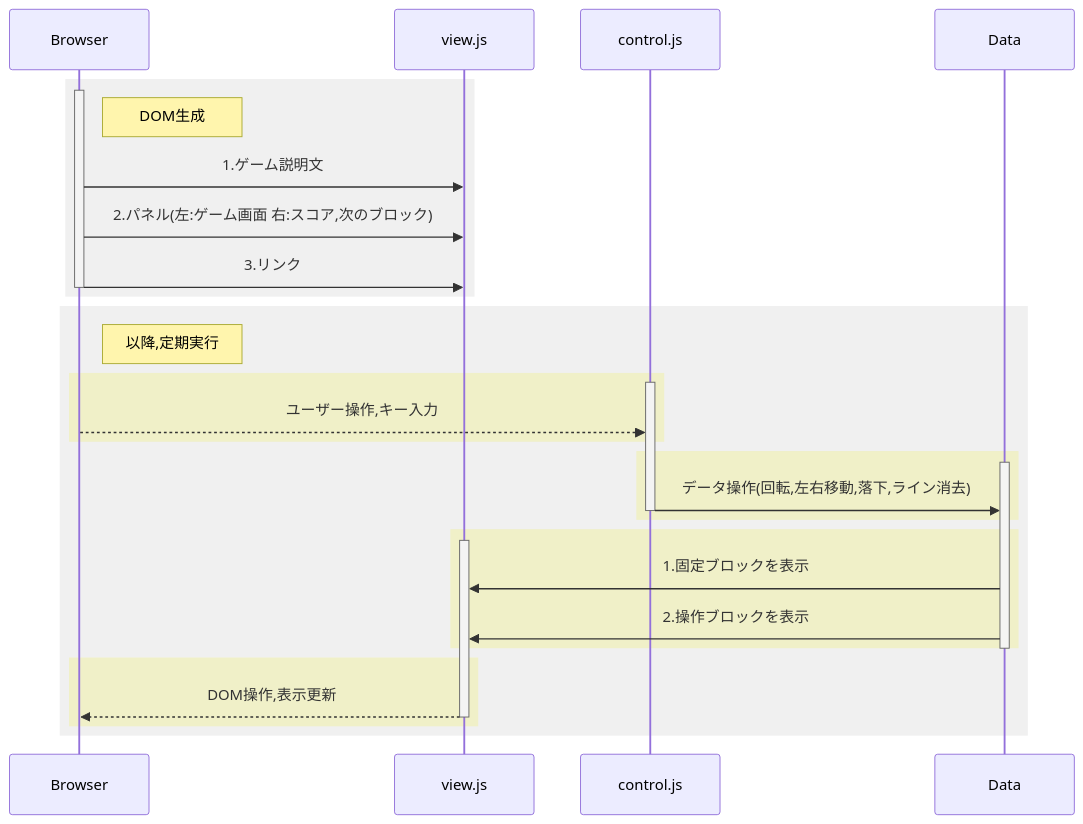
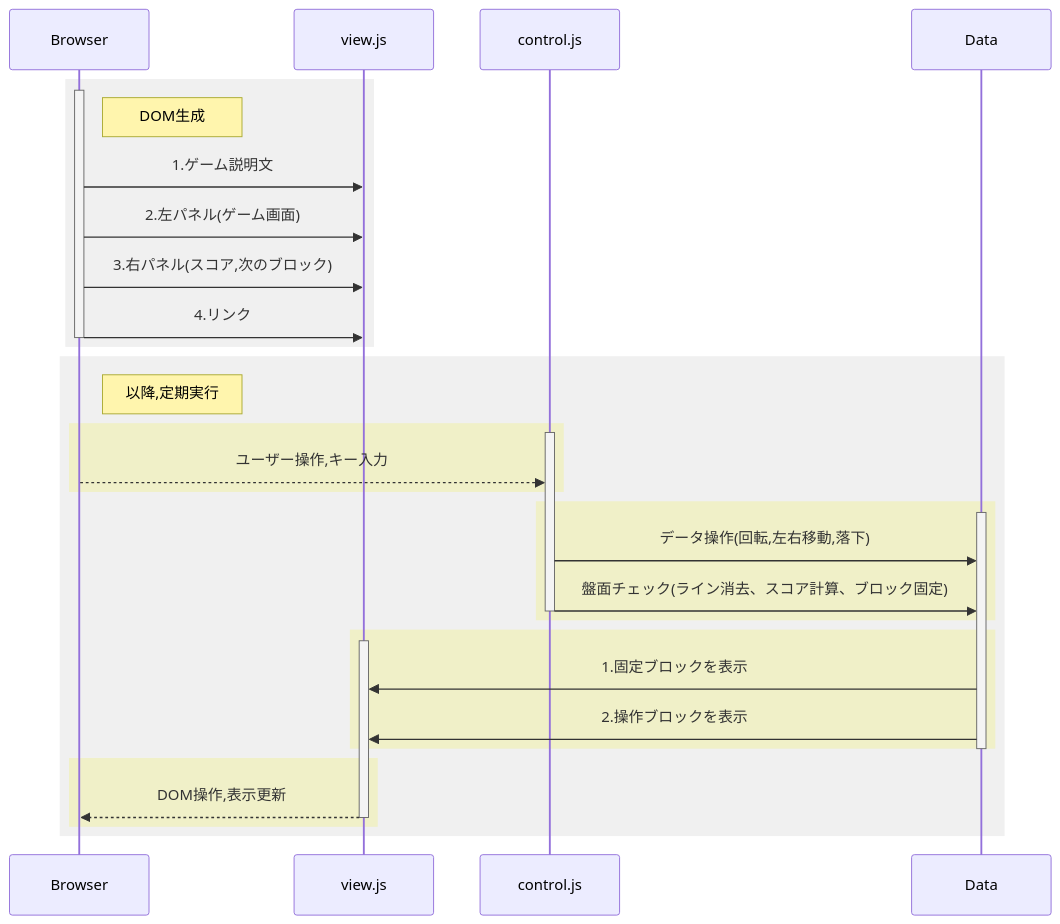
The diagram in README.md (taga4ra/-js_tetris.io), drawn with Mermaid before and after one commit. The commit also changed other lines of this file, not shown here.

````diff
--- a/README.md
+++ b/README.md
@@ -31,39 +35,41 @@
 ```mermaid
 sequenceDiagram
 
 rect rgb(240, 240, 240)
 activate Browser
 Note Right of Browser: DOM生成
 Browser->>view.js: 1.ゲーム説明文
-Browser->>view.js: 2.パネル(左:ゲーム画面 右:スコア,次のブロック)
-Browser->>view.js: 3.リンク
+Browser->>view.js: 2.左パネル(ゲーム画面)
+Browser->>view.js: 3.右パネル(スコア,次のブロック)
+Browser->>view.js: 4.リンク
 deactivate Browser
 end
 
 rect rgb(240, 240, 240)
 Note right of Browser : 以降,定期実行
 
 rect rgb(240, 240, 200)
 activate control.js
 Browser-->>control.js: ユーザー操作,キー入力
 end
 
 rect rgb(240, 240, 200)
 activate Data
-control.js->>Data: データ操作(回転,左右移動,落下,ライン消去)
+control.js->>Data: データ操作(回転,左右移動,落下)
+control.js->>Data: 盤面チェック(ライン消去、スコア計算、ブロック固定)
 deactivate control.js
 end
 
 rect rgb(240, 240, 200)
 activate view.js
 Data->>view.js: 1.固定ブロックを表示
 Data->>view.js: 2.操作ブロックを表示
 end
 deactivate Data
 
 rect rgb(240, 240, 200)
 view.js-->>-Browser: DOM操作,表示更新
 end
 
 end
 ```
````
